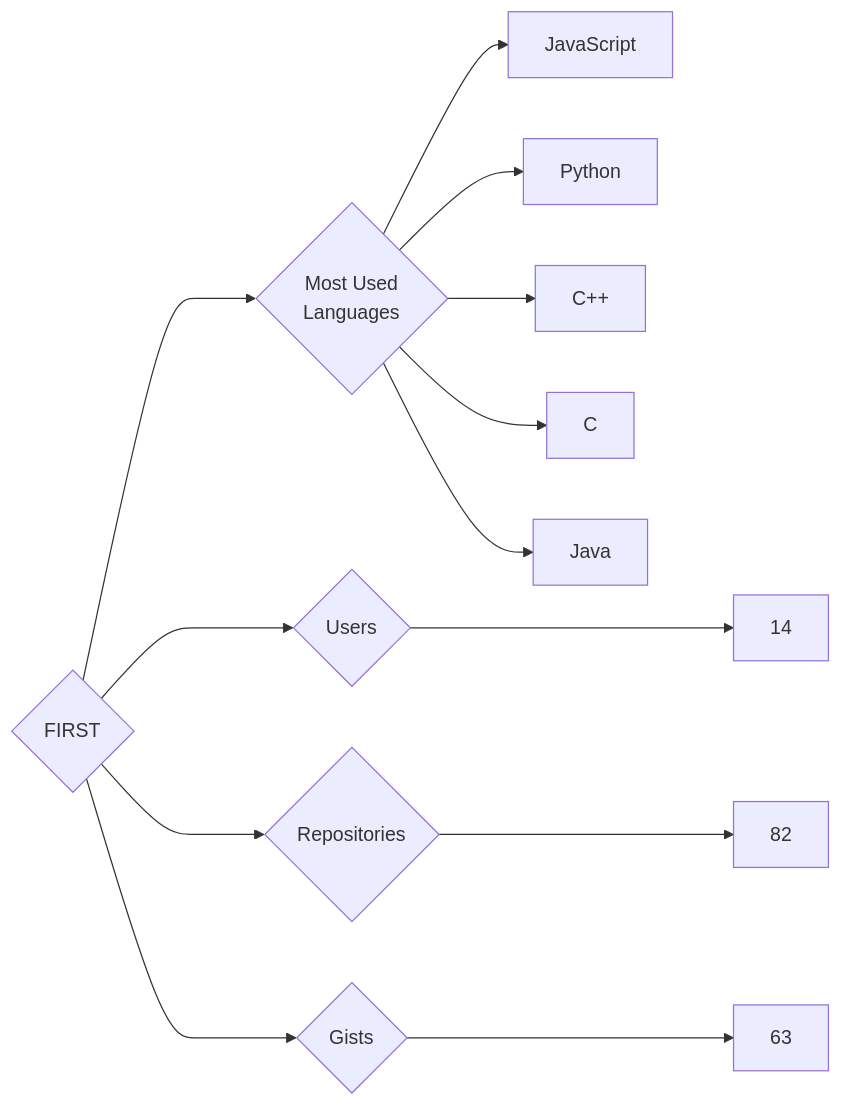
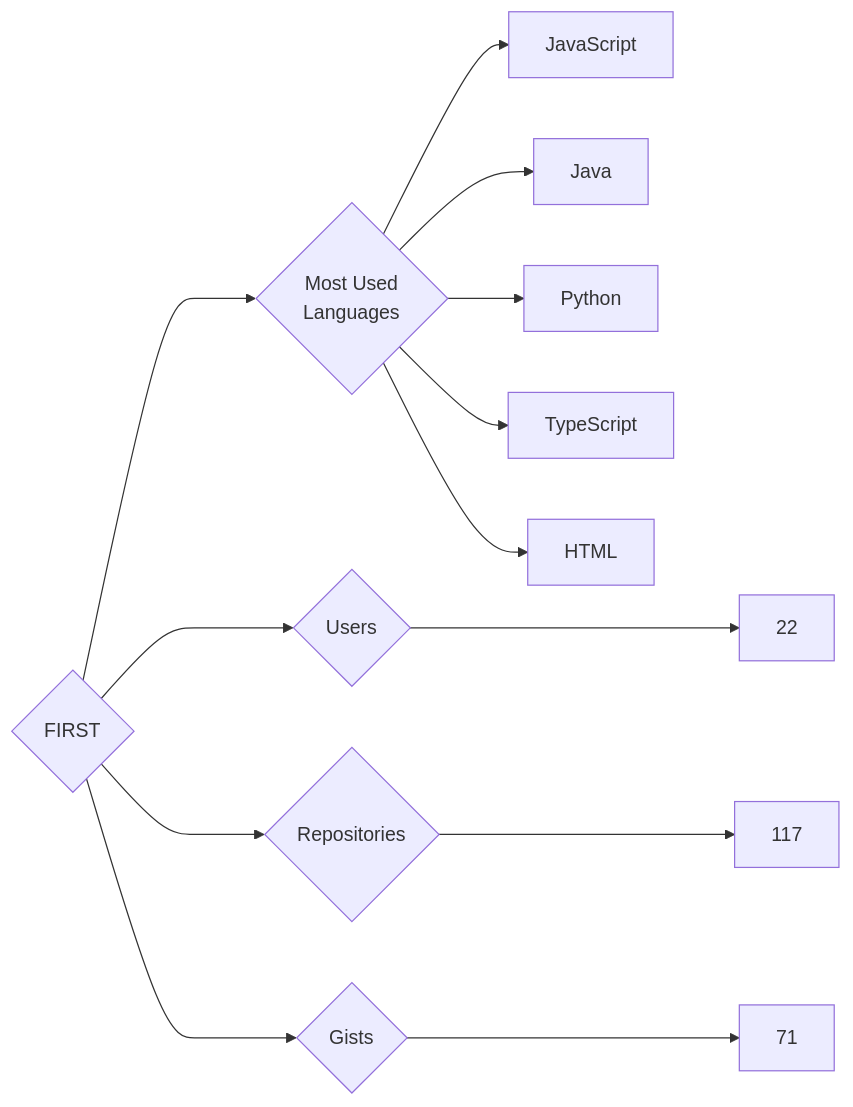
Before and after one commit to trickest/insiders: the diagram in targets/FIRST/README.md, drawn with Mermaid. The commit also changed 777 other files, not shown here.

````diff
--- a/targets/FIRST/README.md
+++ b/targets/FIRST/README.md
@@ -3,13 +3,13 @@
 ```mermaid
 graph LR
 COMPANY_NAME{FIRST}
-COMPANY_NAME ---> U{Users} ---> UN[14]
-COMPANY_NAME ---> R{Repositories} ---> RN[82]
-COMPANY_NAME ---> G{Gists} ---> GN[63]
+COMPANY_NAME ---> U{Users} ---> UN[22]
+COMPANY_NAME ---> R{Repositories} ---> RN[117]
+COMPANY_NAME ---> G{Gists} ---> GN[71]
 COMPANY_NAME ---> ML{Most Used<br>Languages}
 ML --> JavaScript[JavaScript]
+ML --> Java[Java]
 ML --> Python[Python]
-ML --> C++[C++]
-ML --> C[C]
-ML --> Java[Java]
+ML --> TypeScript[TypeScript]
+ML --> HTML[HTML]
 ```
````
